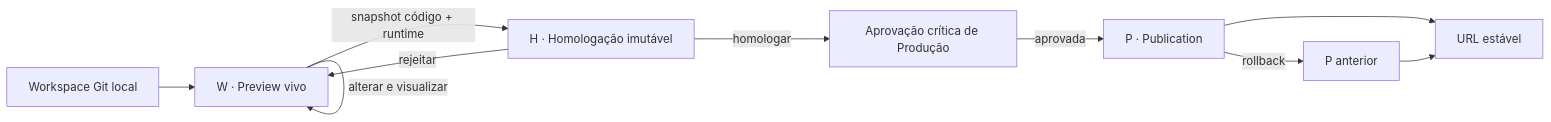
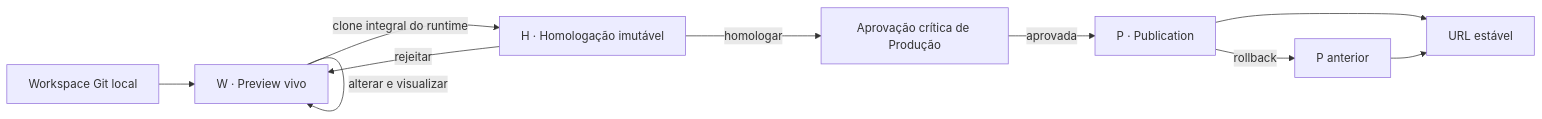
One commit to debianlima/cloudiff changed the fourth of 4 diagrams in docs/manual-tecnico/02-FLUXOS.md. Above: the diagram before and after it, drawn with Mermaid. The commit also changed other lines of this file and 8 other files, not shown here.

````diff
--- a/docs/manual-tecnico/02-FLUXOS.md
+++ b/docs/manual-tecnico/02-FLUXOS.md
@@ -86,12 +86,12 @@
 ```mermaid
 flowchart LR
   G[Workspace Git local] --> W[W · Preview vivo]
   W -->|alterar e visualizar| W
-  W -->|snapshot código + runtime| H[H · Homologação imutável]
+  W -->|clone integral do runtime| H[H · Homologação imutável]
   H -->|rejeitar| W
   H -->|homologar| A[Aprovação crítica de Produção]
   A -->|aprovada| P[P · Publication]
   P --> S[URL estável]
   P -->|rollback| R[P anterior]
   R --> S
 ```
````
